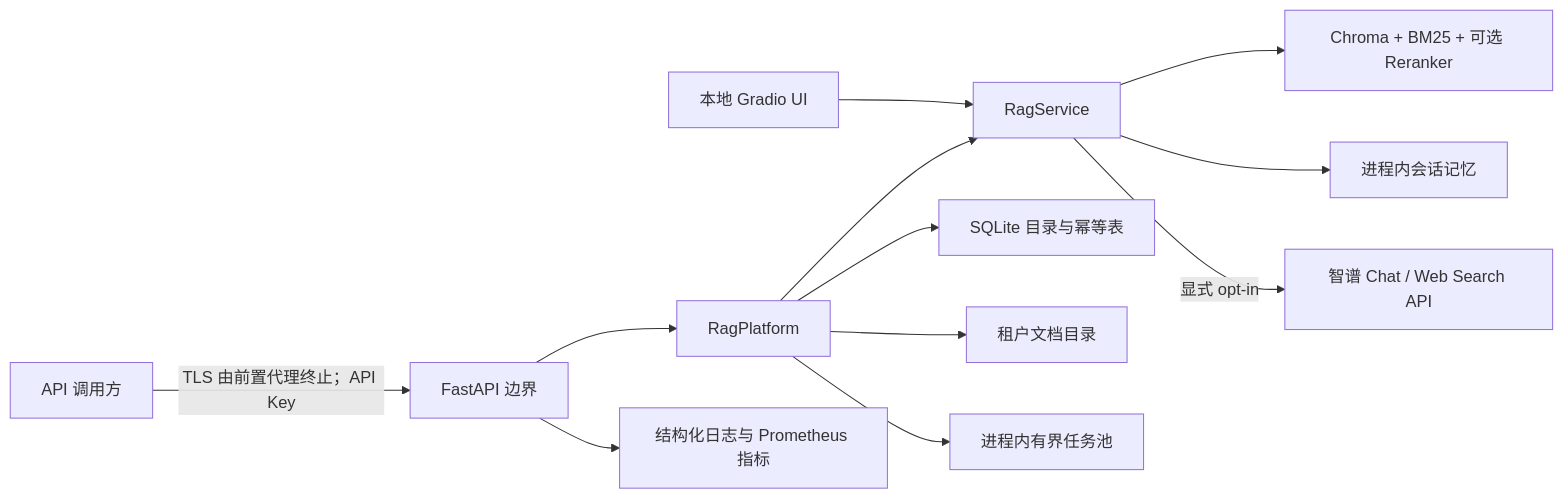
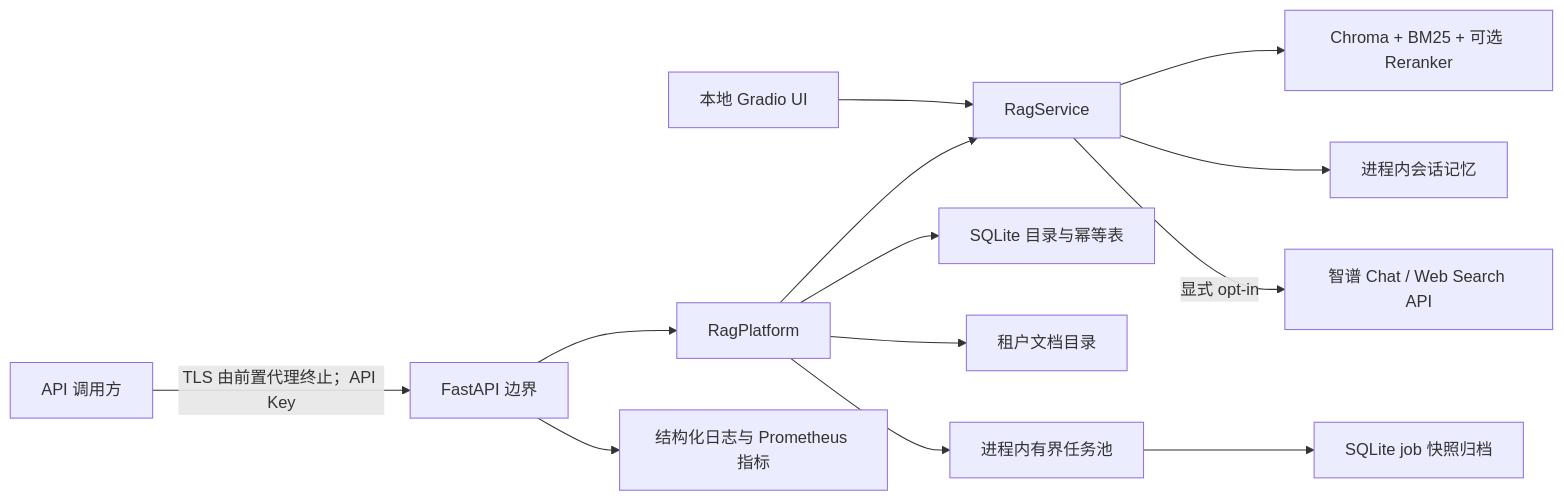
The first of 4 diagrams in docs/architecture.md (XWsight/RAG-Search-System), drawn with Mermaid before and after one commit. The commit also changed other lines of this file and 25 other files, not shown here.

Commit message:
feat: persist tenant job history across restarts

````diff
--- a/docs/architecture.md
+++ b/docs/architecture.md
@@ -15,14 +15,15 @@
 ```mermaid
 flowchart LR
     Client["API 调用方"] -->|"TLS 由前置代理终止；API Key"| API["FastAPI 边界"]
     UI["本地 Gradio UI"] --> Service["RagService"]
     API --> Platform["RagPlatform"]
     Platform --> Service
     Platform --> Catalog["SQLite 目录与幂等表"]
     Platform --> Files["租户文档目录"]
     Platform --> Jobs["进程内有界任务池"]
+    Jobs --> JobHistory["SQLite job 快照归档"]
     Service --> Index["Chroma + BM25 + 可选 Reranker"]
     Service --> Memory["进程内会话记忆"]
     Service -->|"显式 opt-in"| Zhipu["智谱 Chat / Web Search API"]
     API --> Ops["结构化日志与 Prometheus 指标"]
 ```
````
